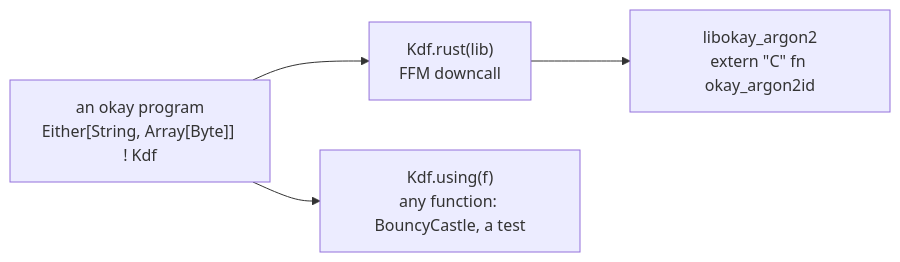
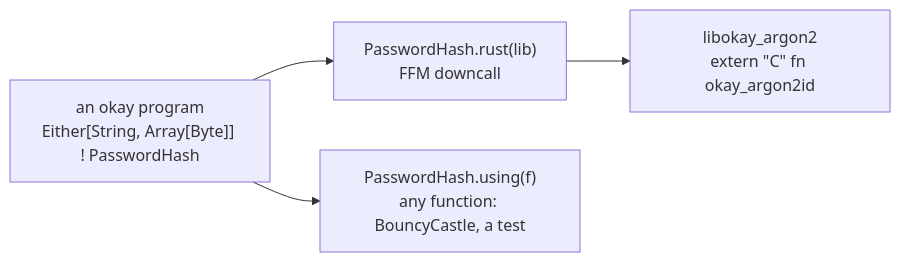
One commit to sergey-scherbina/okay changed the diagram in docs/rust.md. Above: the diagram before and after it, drawn with Mermaid. The commit also changed other lines of this file and 16 other files, not shown here.

First line of the commit message:
kdf-to-password-hash: the Kdf effect is PasswordHash (code, tests, docs, spec); Kernels.dir finds the crates from okay-rust/.jvm, which rust-native had broken for the JVM Live tests

````diff
--- a/docs/rust.md
+++ b/docs/rust.md
@@ -16,9 +16,9 @@
 ```mermaid
 flowchart LR
-  P["an okay program<br/>Either[String, Array[Byte]] ! Kdf"]
-  H1["Kdf.rust(lib)<br/>FFM downcall"]
-  H2["Kdf.using(f)<br/>any function: BouncyCastle, a test"]
+  P["an okay program<br/>Either[String, Array[Byte]] ! PasswordHash"]
+  H1["PasswordHash.rust(lib)<br/>FFM downcall"]
+  H2["PasswordHash.using(f)<br/>any function: BouncyCastle, a test"]
   R["libokay_argon2<br/>extern &quot;C&quot; fn okay_argon2id"]
   P --> H1 --> R
   P --> H2
 ```
````
